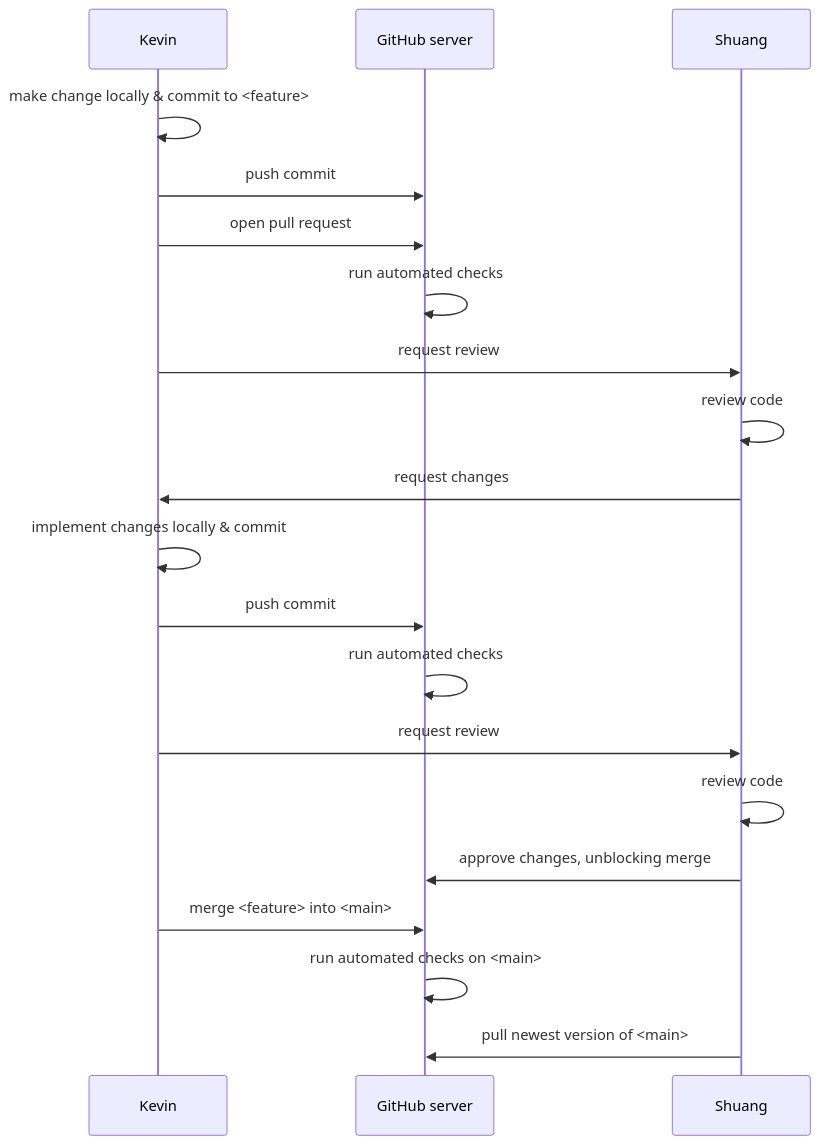
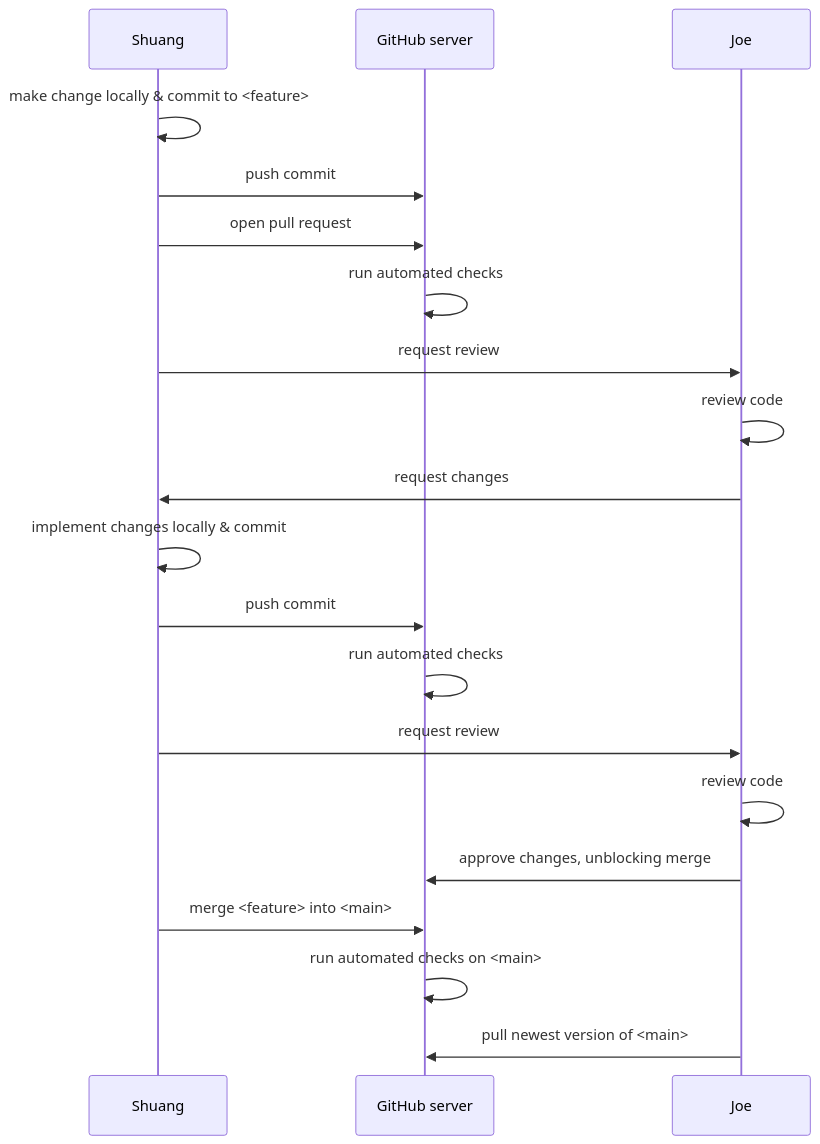
Before and after one commit to openpharma/workshop-r-swe: the sixth of 6 diagrams in slides/05_collaboration.qmd, drawn with Mermaid. The commit also changed other lines of this file, not shown here.

Commit message:
update partener name

````diff
--- a/slides/05_collaboration.qmd
+++ b/slides/05_collaboration.qmd
@@ -318,22 +318,22 @@
 ```{mermaid}
 sequenceDiagram
-    participant K as Kevin
+    participant S as Shuang
     participant GH as GitHub server
-    participant S as Shuang
-    K->>K: make change locally & commit to <feature>
-    K->>GH: push commit
-    K->>GH: open pull request
+    participant J as Joe
+    S->>S: make change locally & commit to <feature>
+    S->>GH: push commit
+    S->>GH: open pull request
     GH->>GH: run automated checks
-    K->>S: request review
-    S->>S: review code
-    S->>K: request changes
-    K->>K: implement changes locally & commit
-    K->>GH: push commit
+    S->>J: request review
+    J->>J: review code
+    J->>S: request changes
+    S->>S: implement changes locally & commit
+    S->>GH: push commit
     GH->>GH: run automated checks
-    K->>S: request review
-    S->>S: review code
-    S->>GH: approve changes, unblocking merge
-    K->>GH: merge <feature> into <main>
+    S->>J: request review
+    J->>J: review code
+    J->>GH: approve changes, unblocking merge
+    S->>GH: merge <feature> into <main>
     GH->>GH: run automated checks on <main>
-    S->>GH: pull newest version of <main>
+    J->>GH: pull newest version of <main>
 ```
````
